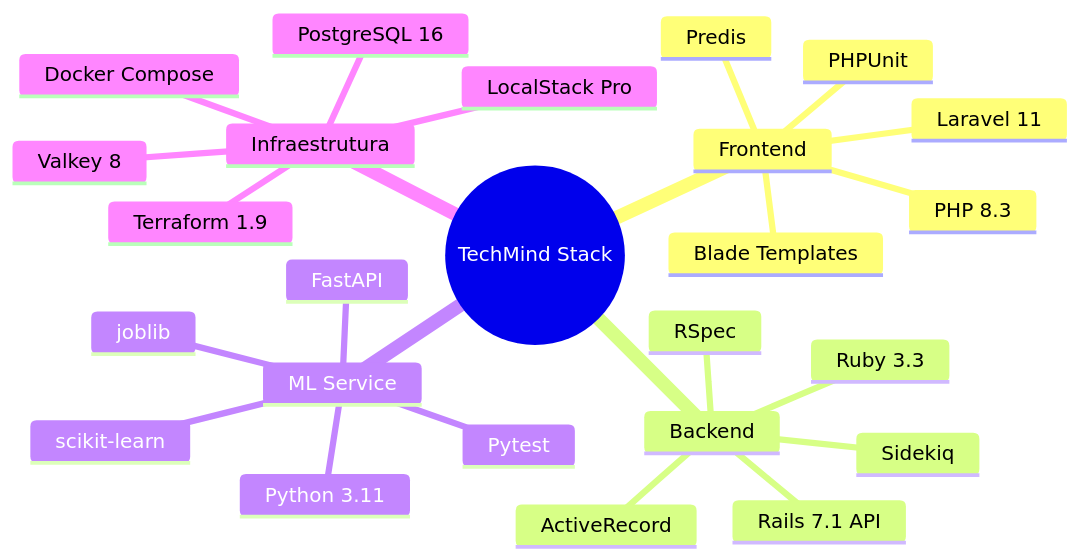
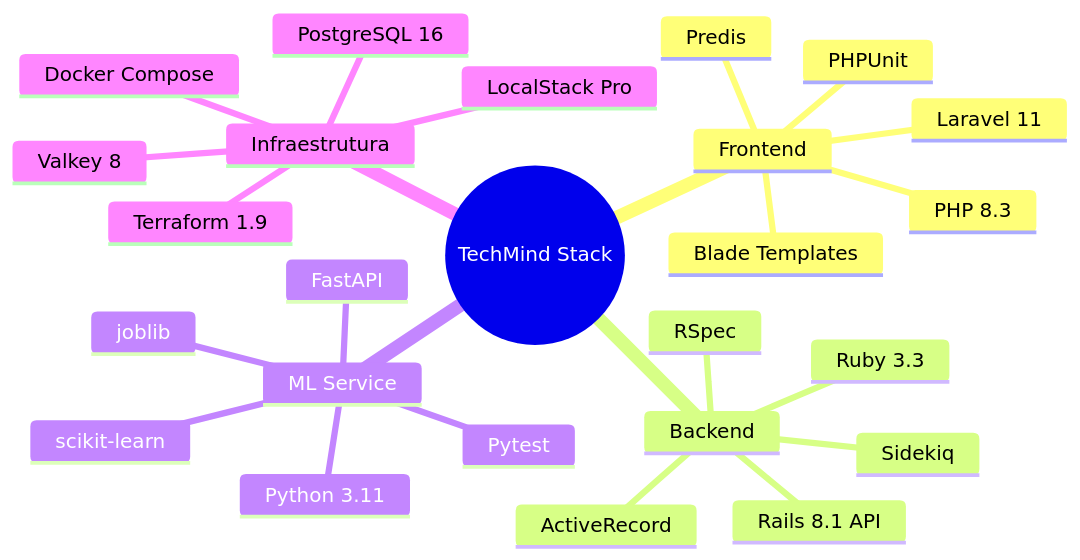
Before and after one commit to DessimA/tech-mind: the first of 2 diagrams in docs/05-stacks-e-justificativas.md, drawn with Mermaid. The commit also changed other lines of this file and 13 other files, not shown here.

````diff
--- a/docs/05-stacks-e-justificativas.md
+++ b/docs/05-stacks-e-justificativas.md
@@ -3,28 +3,28 @@
 ```mermaid
 mindmap
   root((TechMind Stack))
     Frontend
       PHP 8.3
       Laravel 11
       Blade Templates
       PHPUnit
       Predis
     Backend
       Ruby 3.3
-      Rails 7.1 API
+      Rails 8.1 API
       Sidekiq
       RSpec
       ActiveRecord
     ML Service
       Python 3.11
       FastAPI
       scikit-learn
       joblib
       Pytest
     Infraestrutura
       Terraform 1.9
       LocalStack Pro
       Docker Compose
       Valkey 8
       PostgreSQL 16
 ```
````
